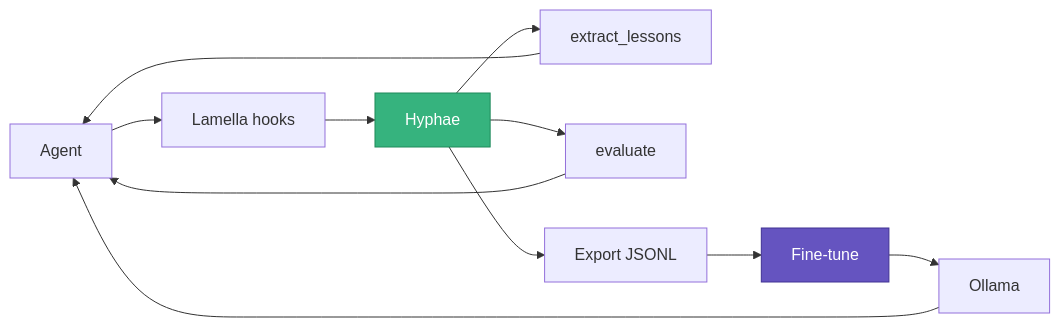
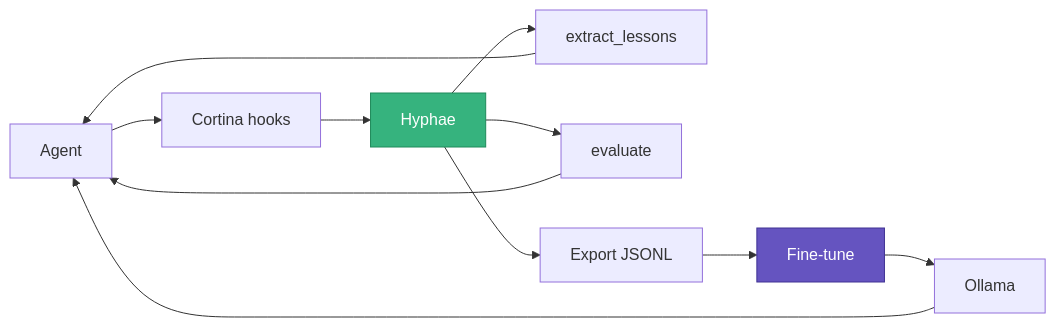
Before and after one commit to basidiocarp/.github: the third of 4 diagrams in profile/README.md, drawn with Mermaid. The commit also changed other lines of this file and 1 other file, not shown here.

First line of the commit message:
docs: add stipe and cortina, update architecture diagrams

````diff
--- a/profile/README.md
+++ b/profile/README.md
@@ -105,16 +111,16 @@
 ```mermaid
 flowchart LR
-    Agent["Agent"] --> Hooks["Lamella hooks"]
+    Agent["Agent"] --> Hooks["Cortina hooks"]
     Hooks --> Hyphae["Hyphae"]
     Hyphae --> Lessons["extract_lessons"]
     Hyphae --> Eval["evaluate"]
     Hyphae --> Export["Export JSONL"]
     Export --> FT["Fine-tune"]
     FT --> Ollama["Ollama"]
     Ollama --> Agent
     Lessons --> Agent
     Eval --> Agent
 
     style Hyphae fill:#36b37e,stroke:#1f8a5a,color:#fff
     style FT fill:#6554c0,stroke:#403294,color:#fff
 ```
````
